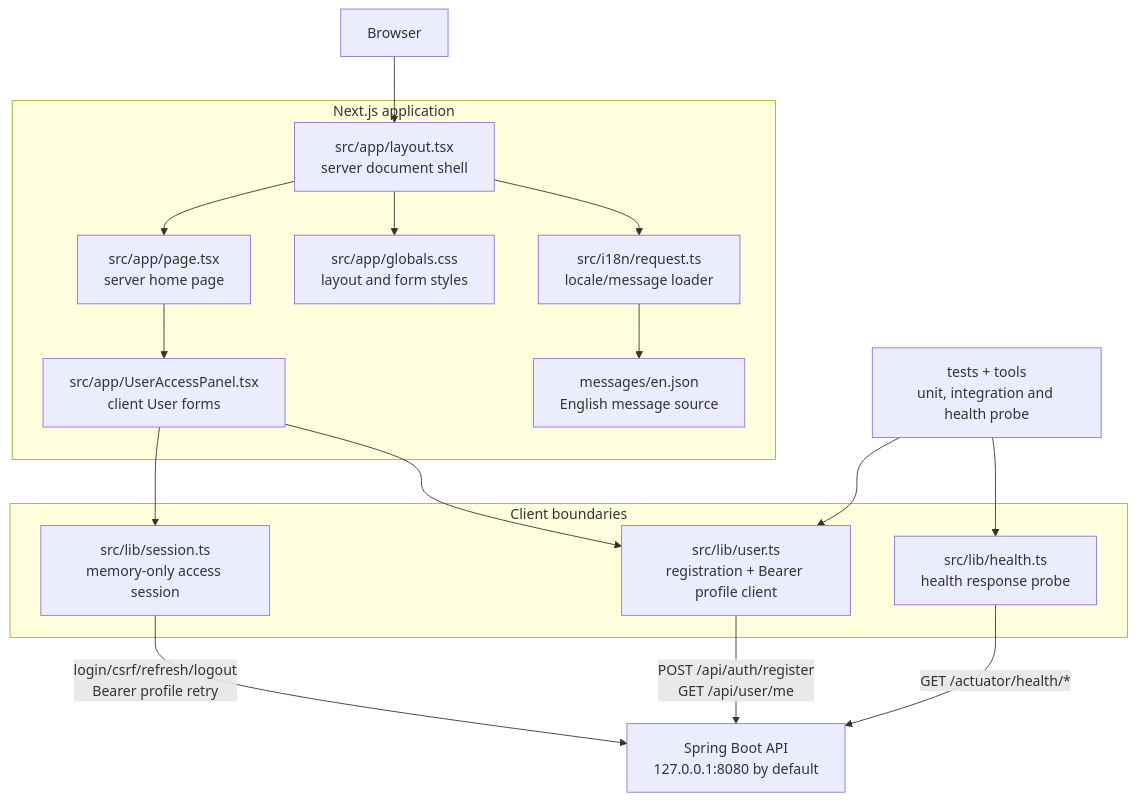
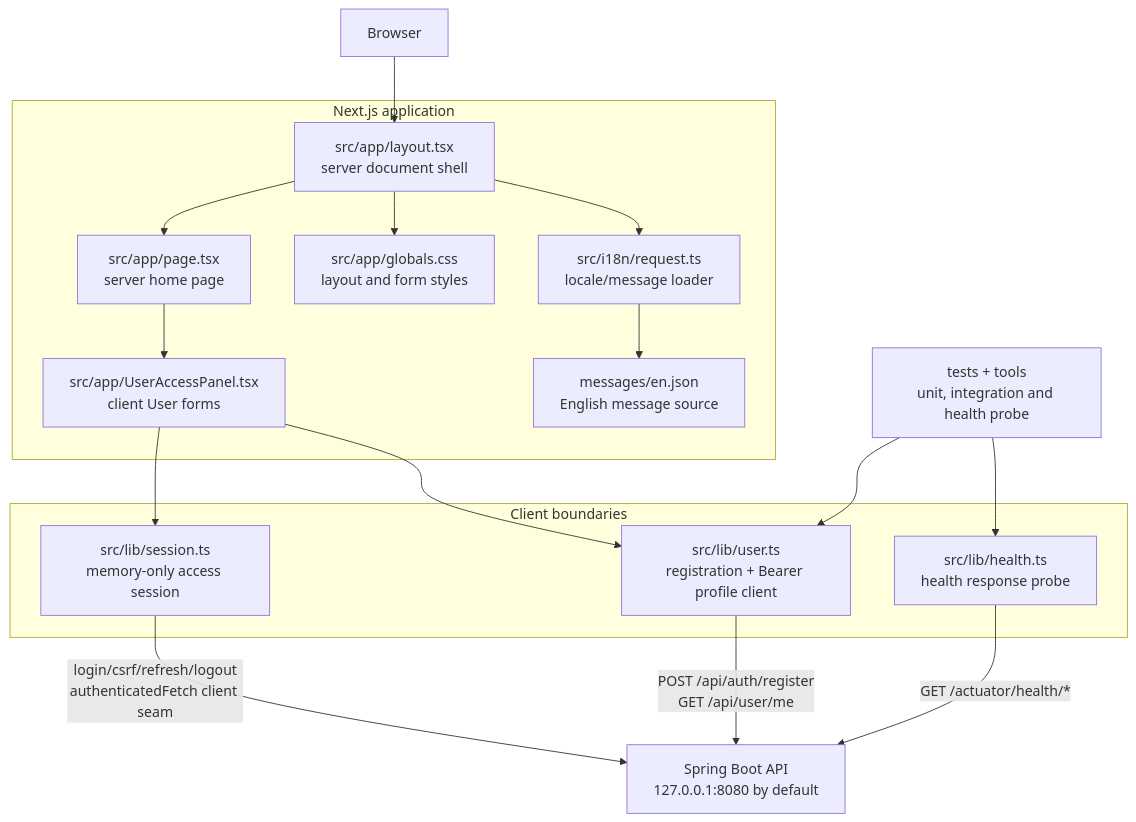
Before and after one commit to n-saakib/medi-wish-bd: the first of 2 diagrams in frontend/docs/code-architecture.md, drawn with Mermaid. The commit also changed other lines of this file and 25 other files, not shown here.

````diff
--- a/frontend/docs/code-architecture.md
+++ b/frontend/docs/code-architecture.md
@@ -15,36 +15,36 @@
 ```mermaid
 flowchart TD
     BROWSER[Browser]
 
     subgraph APP[Next.js application]
         LAYOUT[src/app/layout.tsx<br/>server document shell]
         PAGE[src/app/page.tsx<br/>server home page]
         PANEL[src/app/UserAccessPanel.tsx<br/>client User forms]
         CSS[src/app/globals.css<br/>layout and form styles]
         I18N[src/i18n/request.ts<br/>locale/message loader]
         MSG[messages/en.json<br/>English message source]
     end
 
     subgraph LIB[Client boundaries]
         SESSION[src/lib/session.ts<br/>memory-only access session]
         USER[src/lib/user.ts<br/>registration + Bearer profile client]
         HEALTH[src/lib/health.ts<br/>health response probe]
     end
 
     API[Spring Boot API<br/>127.0.0.1:8080 by default]
     TESTS[tests + tools<br/>unit, integration and health probe]
 
     BROWSER --> LAYOUT
     LAYOUT --> I18N
     LAYOUT --> PAGE
     PAGE --> PANEL
     I18N --> MSG
     PANEL --> SESSION
     PANEL --> USER
     LAYOUT --> CSS
-    SESSION -->|login/csrf/refresh/logout<br/>Bearer profile retry| API
+    SESSION -->|login/csrf/refresh/logout<br/>authenticatedFetch client seam| API
     USER -->|POST /api/auth/register<br/>GET /api/user/me| API
     HEALTH -->|GET /actuator/health/*| API
     TESTS --> USER
     TESTS --> HEALTH
 ```
````
